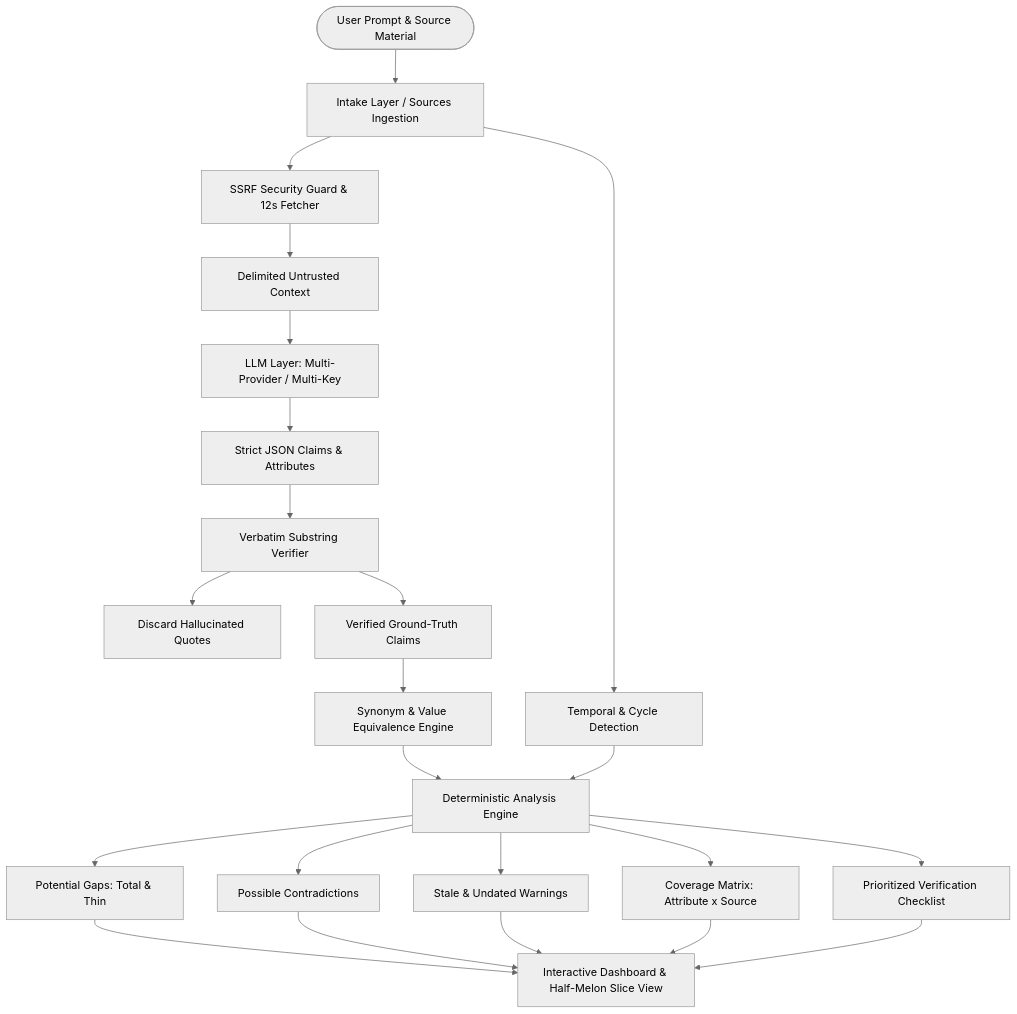
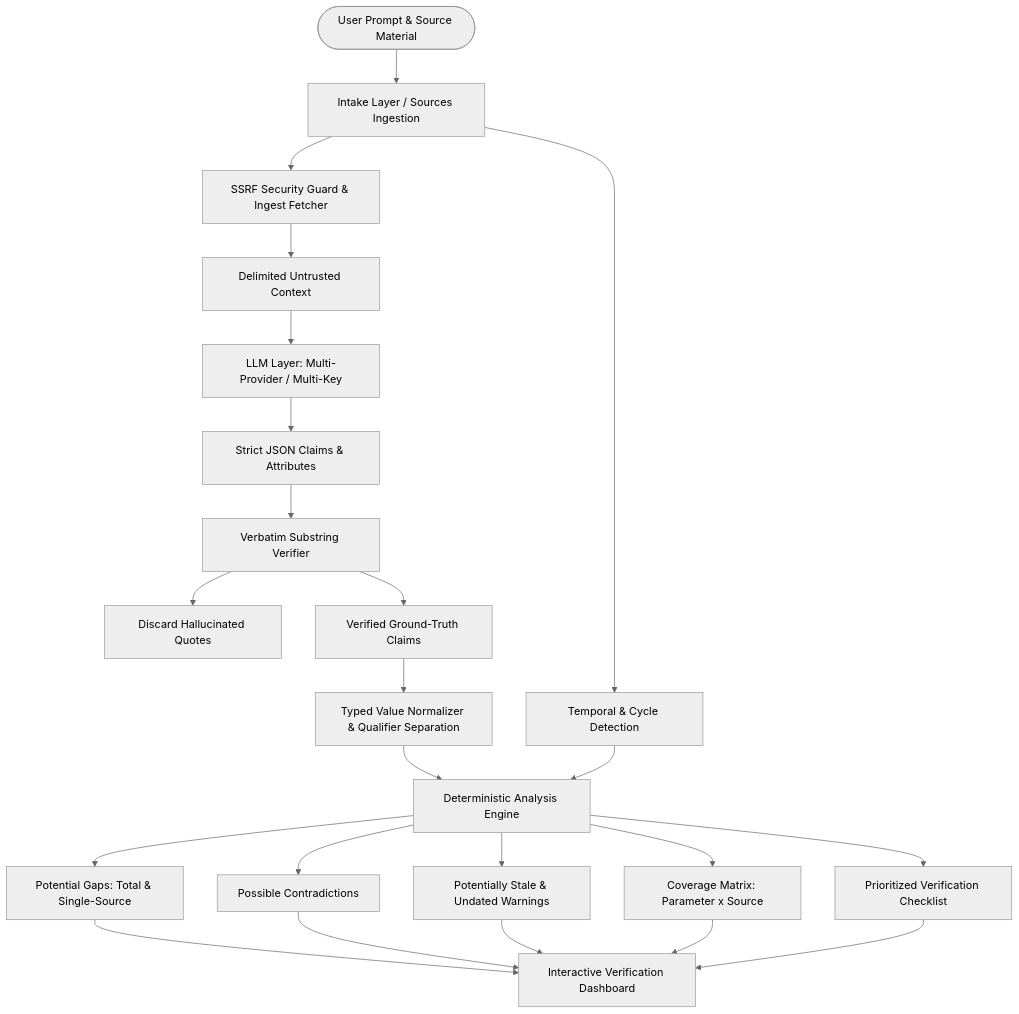
The diagram in README.md (Akshat-coder-101/Digital-Dark-Spot), drawn with Mermaid (neutral theme) before and after one commit. The commit also changed other lines of this file and 20 other files, not shown here.

````diff
--- a/README.md
+++ b/README.md
@@ -27,31 +25,31 @@
 ```mermaid
-flowchart TD
+graph TD
     User([User Prompt & Source Material]) --> Intake[Intake Layer / Sources Ingestion]
-    Intake --> SSRF[SSRF Security Guard & 12s Fetcher]
+    Intake --> SSRF[SSRF Security Guard & Ingest Fetcher]
     Intake --> Temporal[Temporal & Cycle Detection]
     
     SSRF --> Untrusted[Delimited Untrusted Context]
     Untrusted --> LLM[LLM Layer: Multi-Provider / Multi-Key]
     
     LLM --> JSON[Strict JSON Claims & Attributes]
     JSON --> Verifier[Verbatim Substring Verifier]
     
     Verifier --> Discarded[Discard Hallucinated Quotes]
     Verifier --> VerifiedClaims[Verified Ground-Truth Claims]
     
-    VerifiedClaims --> Canonical[Synonym & Value Equivalence Engine]
+    VerifiedClaims --> Canonical[Typed Value Normalizer & Qualifier Separation]
     Temporal --> DeterministicEngine[Deterministic Analysis Engine]
     Canonical --> DeterministicEngine
     
-    DeterministicEngine --> Gaps[Potential Gaps: Total & Thin]
+    DeterministicEngine --> Gaps[Potential Gaps: Total & Single-Source]
     DeterministicEngine --> Conflicts[Possible Contradictions]
-    DeterministicEngine --> Freshness[Stale & Undated Warnings]
-    DeterministicEngine --> Matrix[Coverage Matrix: Attribute x Source]
+    DeterministicEngine --> Freshness[Potentially Stale & Undated Warnings]
+    DeterministicEngine --> Matrix[Coverage Matrix: Parameter x Source]
     DeterministicEngine --> Checklist[Prioritized Verification Checklist]
     
-    Gaps --> UI[Interactive Dashboard & Half-Melon Slice View]
+    Gaps --> UI[Interactive Verification Dashboard]
     Conflicts --> UI
     Freshness --> UI
     Matrix --> UI
     Checklist --> UI
 ```
````
